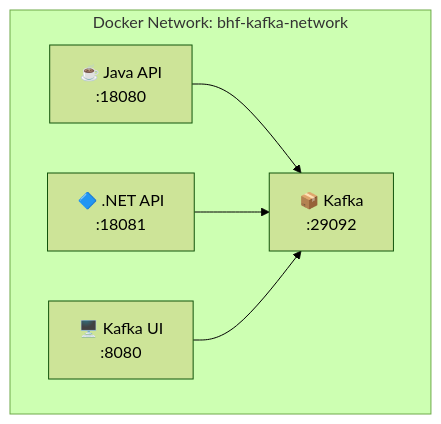
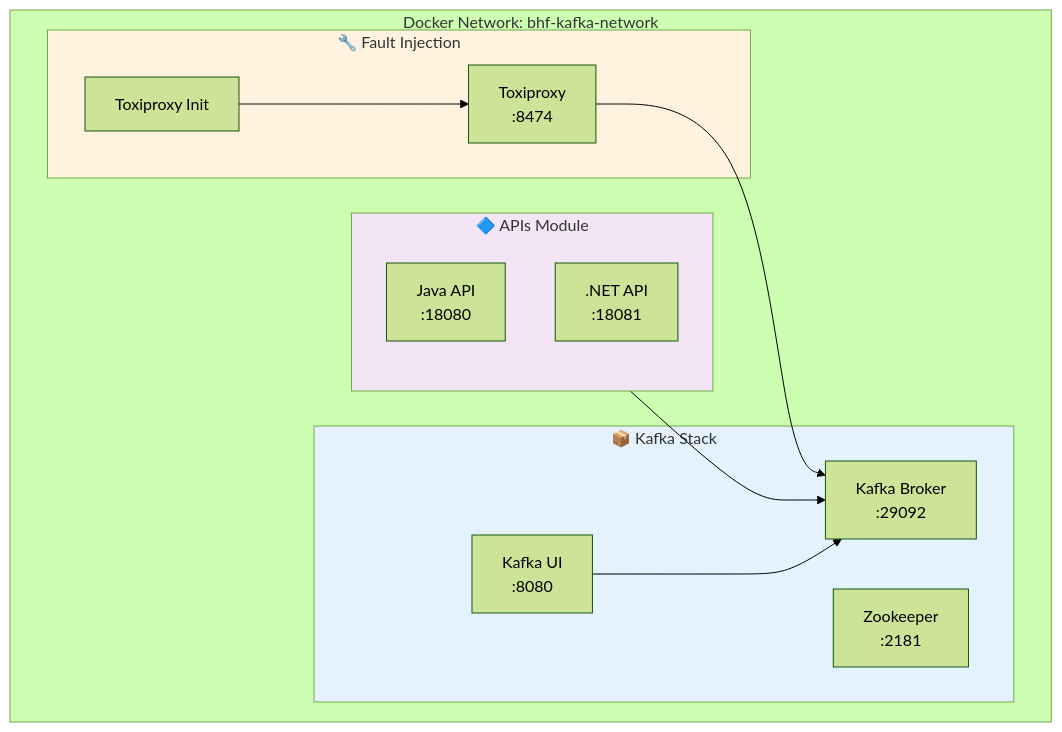
One commit to msellamiTN/kafka-bhf changed the tenth of 10 diagrams in formation-v2/day-01-foundations/module-02-producer-reliability/TUTORIAL-DOTNET.md. Above: the diagram before and after it, drawn with Mermaid (forest theme). The commit also changed other lines of this file, not shown here.

First line of the commit message:
docs: enhance TUTORIAL-DOTNET.md with comprehensive academic approach

````diff
--- a/formation-v2/day-01-foundations/module-02-producer-reliability/TUTORIAL-DOTNET.md
+++ b/formation-v2/day-01-foundations/module-02-producer-reliability/TUTORIAL-DOTNET.md
@@ -347,13 +1018,29 @@
 ```mermaid
 flowchart TB
     subgraph "Docker Network: bhf-kafka-network"
-        K["📦 Kafka<br/>:29092"]
-        UI["🖥️ Kafka UI<br/>:8080"]
-        JAVA["☕ Java API<br/>:18080"]
-        DOTNET["🔷 .NET API<br/>:18081"]
+        subgraph KAFKA_STACK["📦 Kafka Stack"]
+            K["Kafka Broker<br/>:29092"]
+            UI["Kafka UI<br/>:8080"]
+            ZK["Zookeeper<br/>:2181"]
+        end
+        
+        subgraph APIS["🔷 APIs Module"]
+            JAVA["Java API<br/>:18080"]
+            DOTNET[".NET API<br/>:18081"]
+        end
+        
+        subgraph FAULT["🔧 Fault Injection"]
+            TOXI["Toxiproxy<br/>:8474"]
+            INIT["Toxiproxy Init"]
+        end
     end
     
-    JAVA --> K
-    DOTNET --> K
+    APIS --> K
     UI --> K
+    TOXI --> K
+    INIT --> TOXI
+    
+    style KAFKA_STACK fill:#e3f2fd
+    style APIS fill:#f3e5f5
+    style FAULT fill:#fff3e0
 ```
````
